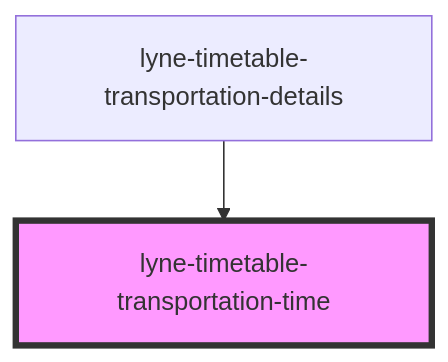
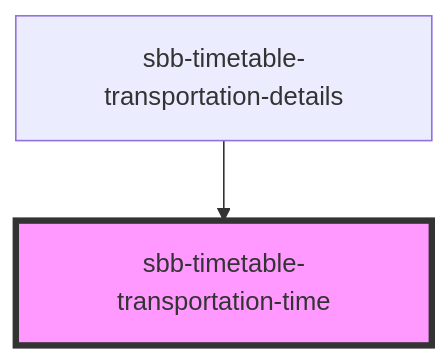
Before and after one commit to sbb-design-systems/lyne-components: the diagram in src/components/sbb-timetable-transportation-time/readme.md, drawn with Mermaid. The commit also changed other lines of this file and 348 other files, not shown here.

Commit message:
refactor: 'lyne' prefix renamed to 'sbb'

````diff
--- a/src/components/sbb-timetable-transportation-time/readme.md
+++ b/src/components/sbb-timetable-transportation-time/readme.md
@@ -24,5 +24,5 @@
 ```mermaid
 graph TD;
-  lyne-timetable-transportation-details --> lyne-timetable-transportation-time
-  style lyne-timetable-transportation-time fill:#f9f,stroke:#333,stroke-width:4px
+  sbb-timetable-transportation-details --> sbb-timetable-transportation-time
+  style sbb-timetable-transportation-time fill:#f9f,stroke:#333,stroke-width:4px
 ```
````
